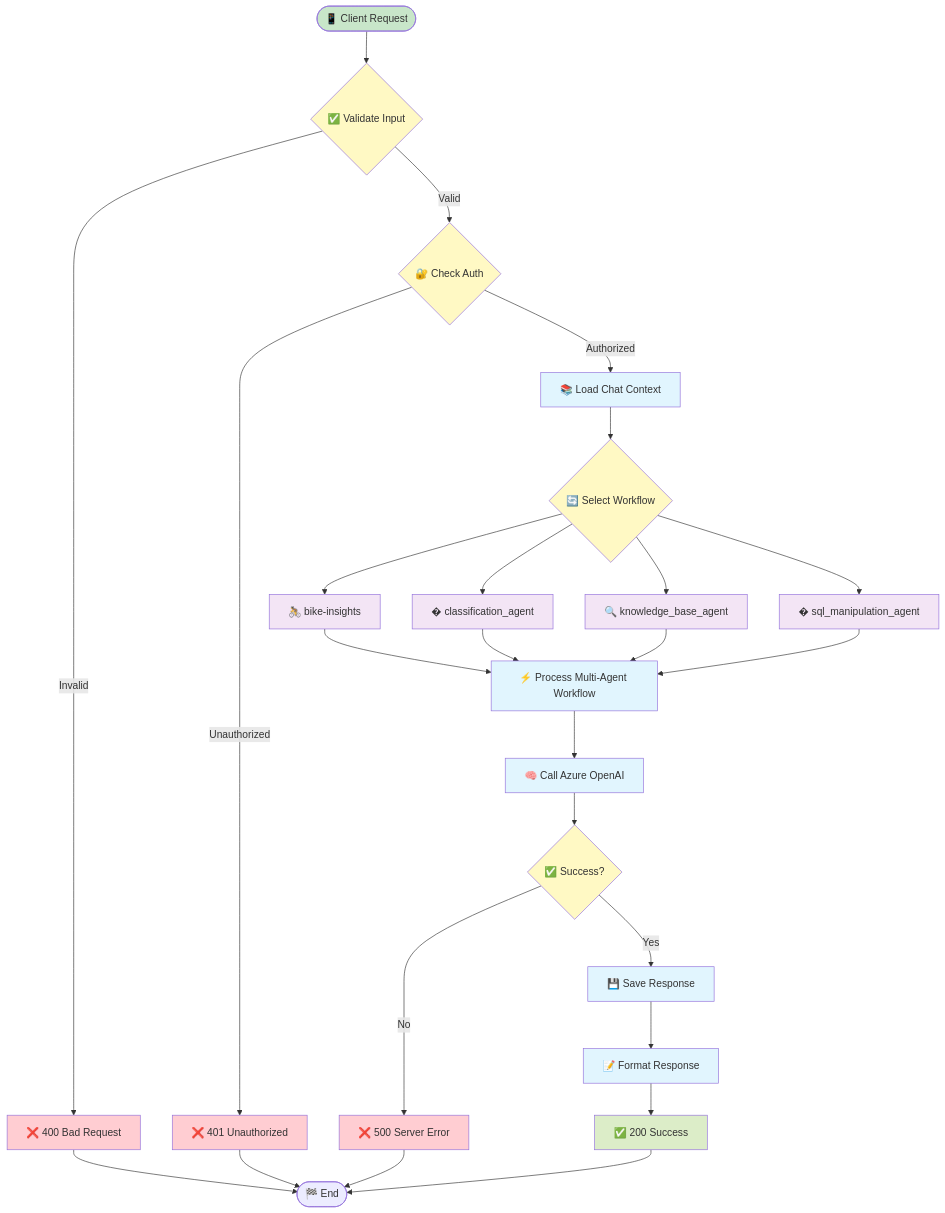
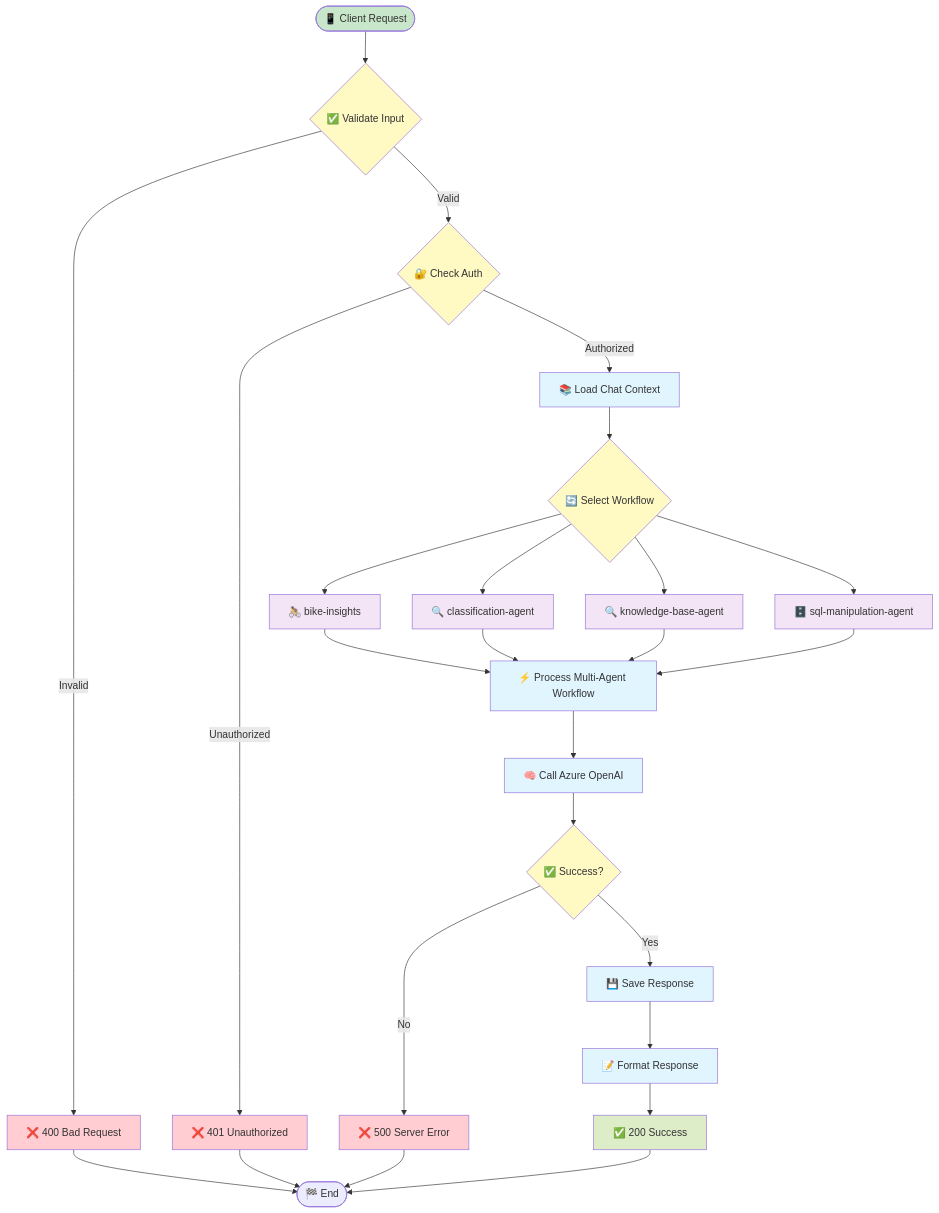
The fourth of 6 diagrams in docs/api/README.md (the-ingenious-dark-knight/Insight_Ingenious), drawn with Mermaid before and after one commit. The commit also changed 6 other files, not shown here.

````diff
--- a/docs/api/README.md
+++ b/docs/api/README.md
@@ -151,48 +151,48 @@
 ```mermaid
 flowchart TD
     START([📱 Client Request]) --> VALIDATE{✅ Validate Input}
     VALIDATE -->|Valid| AUTH{🔐 Check Auth}
     VALIDATE -->|Invalid| ERROR_400[❌ 400 Bad Request]
 
     AUTH -->|Authorized| LOAD_CONTEXT[📚 Load Chat Context]
     AUTH -->|Unauthorized| ERROR_401[❌ 401 Unauthorized]
 
     LOAD_CONTEXT --> SELECT_WORKFLOW{🔄 Select Workflow}
     SELECT_WORKFLOW --> BIKE_INSIGHTS[🚴 bike-insights]
-    SELECT_WORKFLOW --> CLASSIFICATION[� classification_agent]
-    SELECT_WORKFLOW --> KNOWLEDGE_BASE[🔍 knowledge_base_agent]
-    SELECT_WORKFLOW --> SQL_AGENT[�️ sql_manipulation_agent]
+    SELECT_WORKFLOW --> CLASSIFICATION[🔍 classification-agent]
+    SELECT_WORKFLOW --> KNOWLEDGE_BASE[🔍 knowledge-base-agent]
+    SELECT_WORKFLOW --> SQL_AGENT[🗄️ sql-manipulation-agent]
 
     BIKE_INSIGHTS --> PROCESS_MESSAGE[⚡ Process Multi-Agent Workflow]
     CLASSIFICATION --> PROCESS_MESSAGE
     KNOWLEDGE_BASE --> PROCESS_MESSAGE
     SQL_AGENT --> PROCESS_MESSAGE
 
     PROCESS_MESSAGE --> LLM_CALL[🧠 Call Azure OpenAI]
     LLM_CALL --> SUCCESS{✅ Success?}
 
     SUCCESS -->|Yes| SAVE_RESPONSE[💾 Save Response]
     SUCCESS -->|No| ERROR_500[❌ 500 Server Error]
 
     SAVE_RESPONSE --> FORMAT_RESPONSE[📝 Format Response]
     FORMAT_RESPONSE --> RETURN_200[✅ 200 Success]
 
     ERROR_400 --> END([🏁 End])
     ERROR_401 --> END
     ERROR_500 --> END
     RETURN_200 --> END
 
     classDef start fill:#c8e6c9
     classDef process fill:#e1f5fe
     classDef decision fill:#fff9c4
     classDef workflow fill:#f3e5f5
     classDef success fill:#dcedc8
     classDef error fill:#ffcdd2
 
     class START start
     class LOAD_CONTEXT,PROCESS_MESSAGE,LLM_CALL,SAVE_RESPONSE,FORMAT_RESPONSE process
     class VALIDATE,AUTH,SELECT_WORKFLOW,SUCCESS decision
     class BIKE_INSIGHTS,CLASSIFICATION,KNOWLEDGE_BASE,SQL_AGENT workflow
     class RETURN_200 success
     class ERROR_400,ERROR_401,ERROR_500 error
 ```
````
